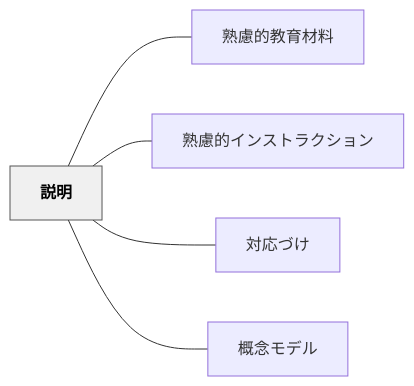
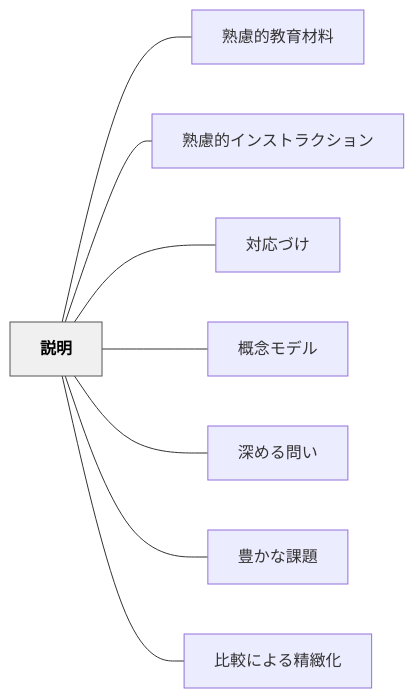
Before and after one commit to unknownthings-ed-patterns/unknownthings-ed-patterns: the diagram in content/パタン/説明.md, drawn with Mermaid. The commit also changed other lines of this file and 35 other files, not shown here.

````diff
--- a/content/パタン/説明.md
+++ b/content/パタン/説明.md
@@ -45,16 +48,22 @@
 ```mermaid
 flowchart LR
     ne8aaace6988e["説明"]
     ne7869fe685aee79a84e69599e882b2e69d90e69699["熟慮的教育材料"]
     ne7869fe685aee79a84e382a4e383b3e382b9e38388e383a9e382afe382b7e383a7e383b3["熟慮的インストラクション"]
     ne5afbee5bf9ce381a5e38191["対応づけ"]
     ne6a682e5bfb5e383a2e38387e383ab["概念モデル"]
+    ne6b7b1e38281e3828be5958fe38184["深める問い"]
+    ne8b18ae3818be381aae8aab2e9a18c["豊かな課題"]
+    ne6af94e8bc83e381abe38288e3828be7b2bee7b7bbe58c96["比較による精緻化"]
 
     ne8aaace6988e --- ne7869fe685aee79a84e69599e882b2e69d90e69699
     ne8aaace6988e --- ne7869fe685aee79a84e382a4e383b3e382b9e38388e383a9e382afe382b7e383a7e383b3
     ne8aaace6988e --- ne5afbee5bf9ce381a5e38191
     ne8aaace6988e --- ne6a682e5bfb5e383a2e38387e383ab
+    ne8aaace6988e --- ne6b7b1e38281e3828be5958fe38184
+    ne8aaace6988e --- ne8b18ae3818be381aae8aab2e9a18c
+    ne8aaace6988e --- ne6af94e8bc83e381abe38288e3828be7b2bee7b7bbe58c96
 
     classDef hub fill:#f0f0f0,stroke:#555,color:#000,font-weight:bold
     class ne8aaace6988e hub
 ```
````
